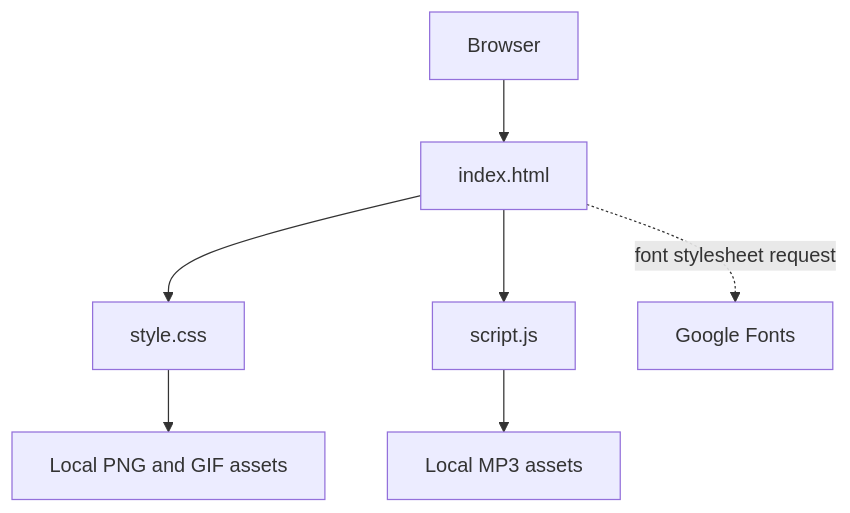
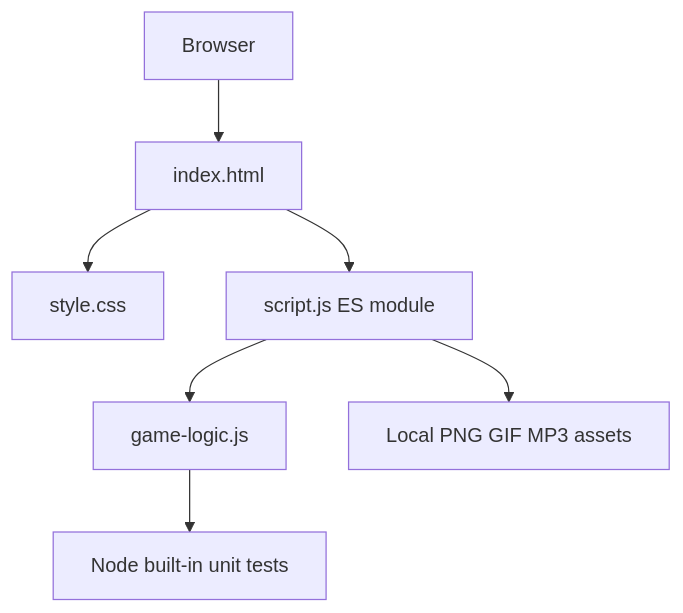
The diagram in docs/diagrams/application-overview.mmd (Brajesh31/Chota-Bheem-Adventure-game), drawn with Mermaid before and after one commit.

Commit message:
docs: refresh docs/diagrams/application-overview.mmd

```diff
--- a/docs/diagrams/application-overview.mmd
+++ b/docs/diagrams/application-overview.mmd
@@ -1,7 +1,7 @@
 flowchart TD
   Browser[Browser] --> HTML[index.html]
   HTML --> CSS[style.css]
-  HTML --> JS[script.js]
-  CSS --> Images[Local PNG and GIF assets]
-  JS --> Audio[Local MP3 assets]
-  HTML -. font stylesheet request .-> Fonts[Google Fonts]
+  HTML --> Controller[script.js ES module]
+  Controller --> Logic[game-logic.js]
+  Logic --> Tests[Node built-in unit tests]
+  Controller --> Media[Local PNG GIF MP3 assets]
```
